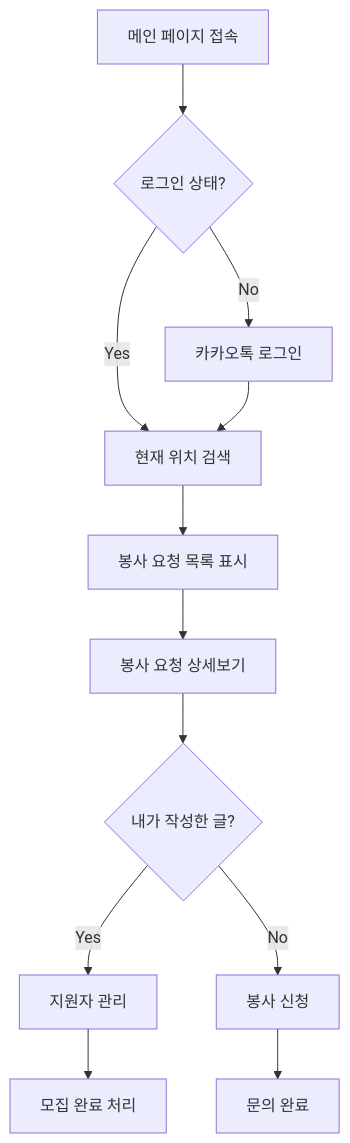
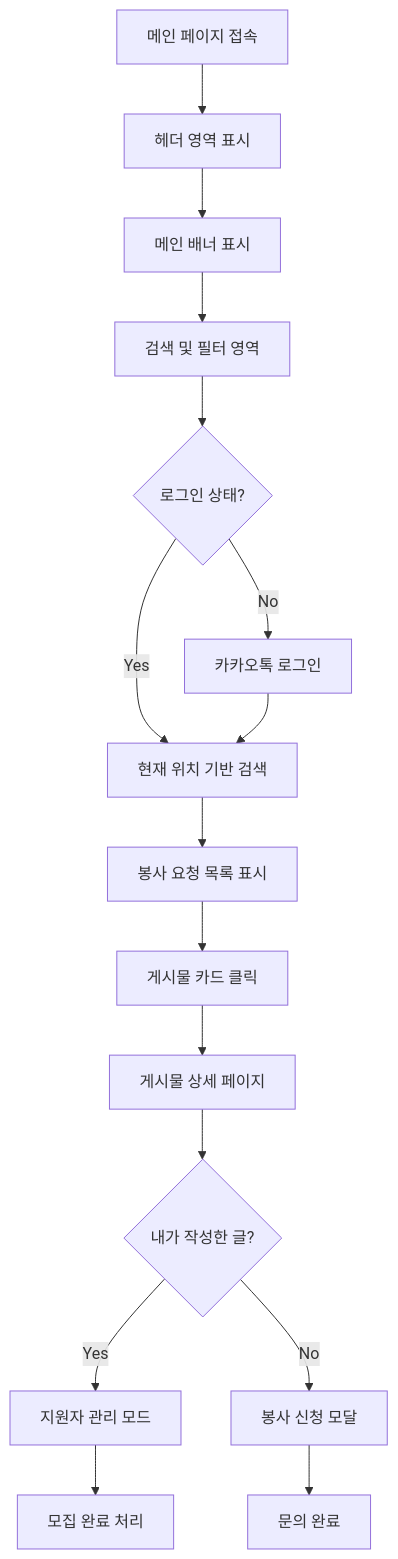
The second of 7 diagrams in docs/prd_document.md (cheesepizza453/move_togaether), drawn with Mermaid before and after one commit. The commit also changed other lines of this file and 15 other files, not shown here.

Commit message:
문서 업데이트: 일반 규칙 파일에 작업 내용 기록을 위한 별도 디렉토리 생성 지침 추가, PRD 문서 업데이트 제외 지침 포함. PRD 문서에 GitHub 연동 및 배포 정보 추가, UI/UX 플로우 및 반응형 디자인 가이드 업데이트. 새로운 이미지 파일 추가.

````diff
--- a/docs/prd_document.md
+++ b/docs/prd_document.md
@@ -477,14 +679,18 @@
 ```mermaid
 flowchart TD
-    A[메인 페이지 접속] --> B{로그인 상태?}
-    B -->|No| C[카카오톡 로그인]
-    B -->|Yes| D[현재 위치 검색]
-    C --> D
-    D --> E[봉사 요청 목록 표시]
-    E --> F[봉사 요청 상세보기]
-    F --> G{내가 작성한 글?}
-    G -->|Yes| H[지원자 관리]
-    G -->|No| I[봉사 신청]
-    I --> J[문의 완료]
-    H --> K[모집 완료 처리]
+    A[메인 페이지 접속] --> B[헤더 영역 표시]
+    B --> C[메인 배너 표시]
+    C --> D[검색 및 필터 영역]
+    D --> E{로그인 상태?}
+    E -->|No| F[카카오톡 로그인]
+    E -->|Yes| G[현재 위치 기반 검색]
+    F --> G
+    G --> H[봉사 요청 목록 표시]
+    H --> I[게시물 카드 클릭]
+    I --> J[게시물 상세 페이지]
+    J --> K{내가 작성한 글?}
+    K -->|Yes| L[지원자 관리 모드]
+    K -->|No| M[봉사 신청 모달]
+    M --> N[문의 완료]
+    L --> O[모집 완료 처리]
 ```
````
